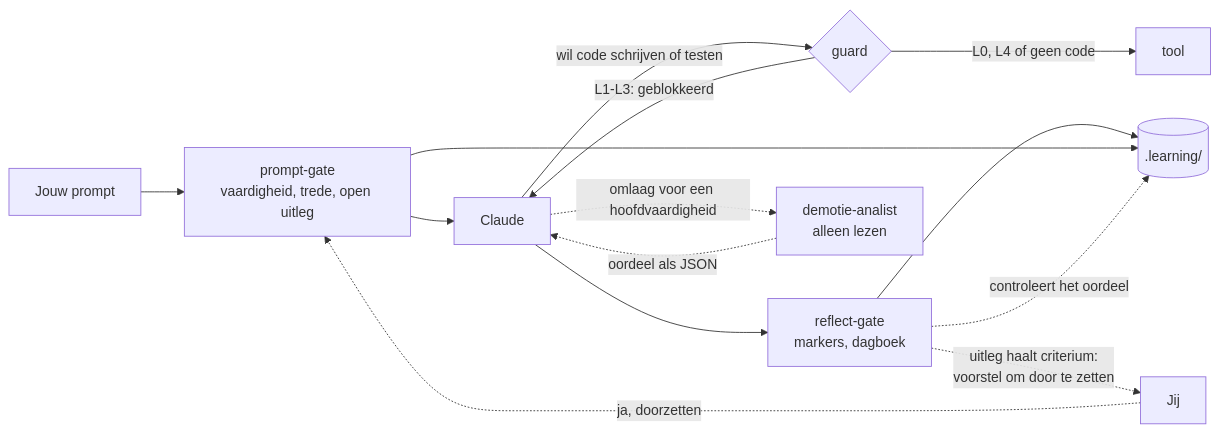
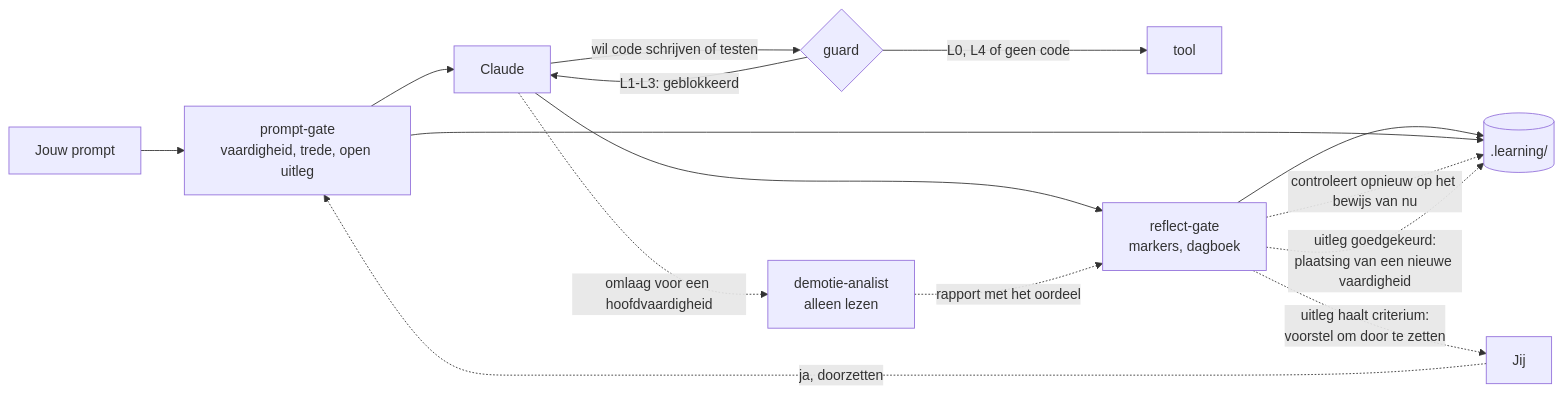
The diagram in docs/nl/how-it-works.md (piethanegraaf/piethanegraaf.github.io), drawn with Mermaid before and after one commit. The commit also changed other lines of this file and 9 other files, not shown here.

````diff
--- a/docs/nl/how-it-works.md
+++ b/docs/nl/how-it-works.md
@@ -9,16 +9,17 @@
 ```mermaid
 flowchart LR
   P[Jouw prompt] --> G1[prompt-gate<br/>vaardigheid, trede, open uitleg]
   G1 --> C[Claude]
   C -->|wil code schrijven of testen| G2{guard}
   G2 -->|L1-L3: geblokkeerd| C
   G2 -->|L0, L4 of geen code| T[tool]
   C --> S[reflect-gate<br/>markers, dagboek]
   S --> R[(.learning/)]
   G1 --> R
   C -.->|omlaag voor een hoofdvaardigheid| A[demotie-analist<br/>alleen lezen]
-  A -.->|oordeel als JSON| C
-  S -.->|controleert het oordeel| R
+  A -.->|rapport met het oordeel| S
+  S -.->|controleert opnieuw op het bewijs van nu| R
+  S -.->|uitleg goedgekeurd:<br/>plaatsing van een nieuwe vaardigheid| R
   S -.->|uitleg haalt criterium:<br/>voorstel om door te zetten| J[Jij]
   J -.->|ja, doorzetten| G1
 ```
````
